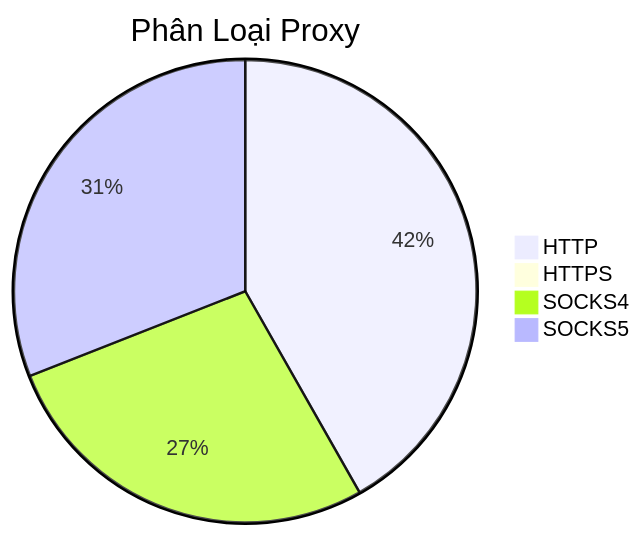
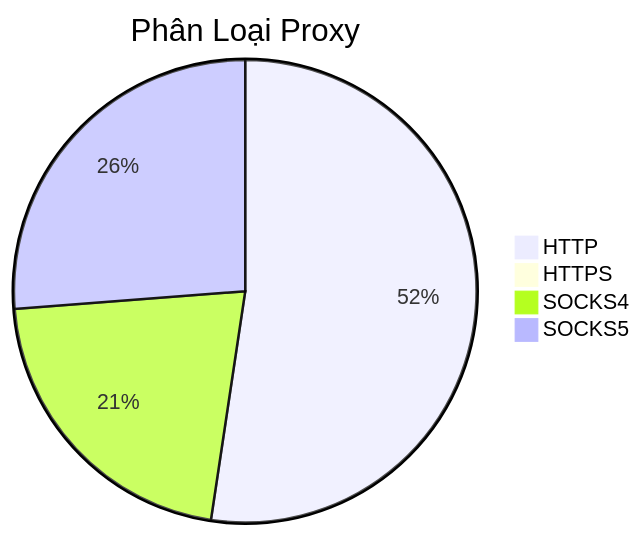
One commit to Ciara-12/PROXY-free changed the diagram in README.md. Above: the diagram before and after it, drawn with Mermaid. The commit also changed other lines of this file and 4 other files, not shown here.

````diff
--- a/README.md
+++ b/README.md
@@ -26,7 +26,7 @@
 ```mermaid
 pie title Phân Loại Proxy
-    "HTTP" : 452
-    "HTTPS" : 0
-    "SOCKS4" : 295
-    "SOCKS5" : 335
+    "HTTP" : 707
+    "HTTPS" : 1
+    "SOCKS4" : 289
+    "SOCKS5" : 354
 ```
````
